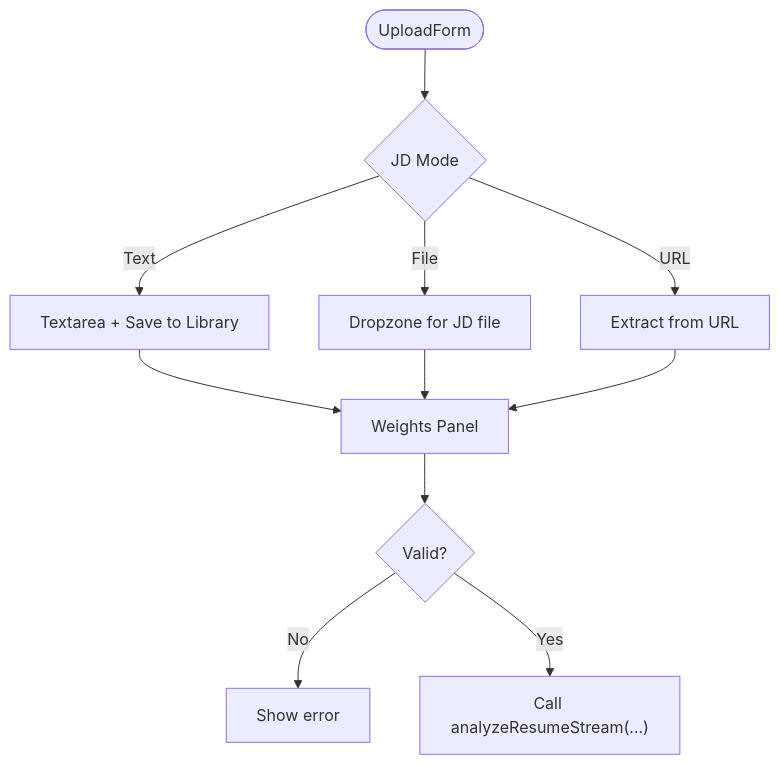
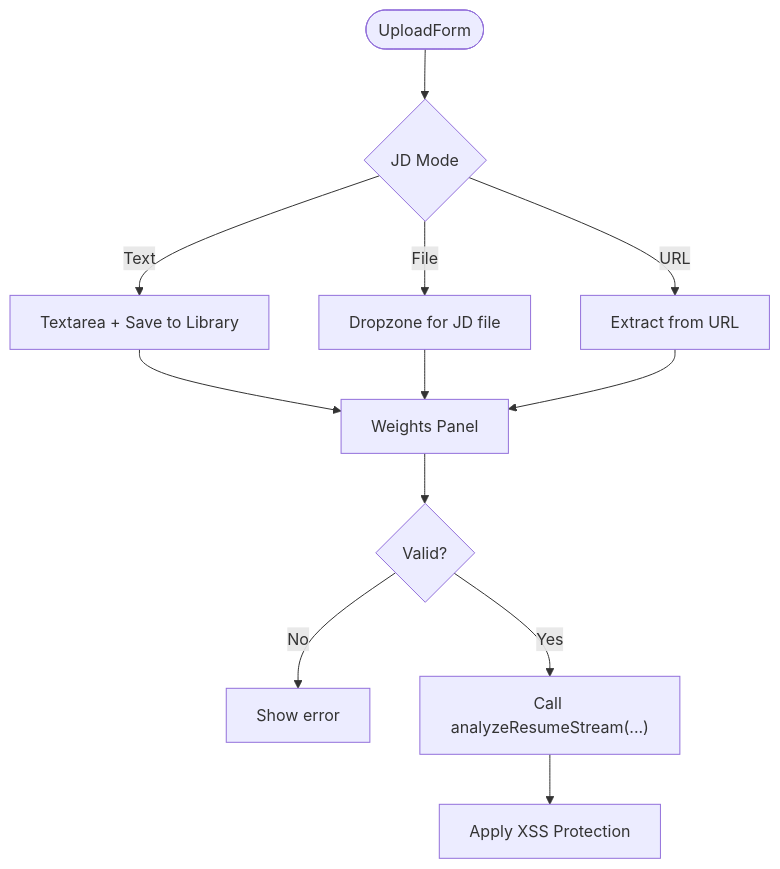
One commit to Revanththetalogics/aireume changed diagram 13 of 24 in .qoder/repowiki/en/content/Frontend Architecture/Frontend Architecture.md. Above: the diagram before and after it, drawn with Mermaid. The commit also changed other lines of this file and 61 other files, not shown here.

````diff
--- a/.qoder/repowiki/en/content/Frontend Architecture/Frontend Architecture.md
+++ b/.qoder/repowiki/en/content/Frontend Architecture/Frontend Architecture.md
@@ -590,13 +647,14 @@
 ```mermaid
 flowchart TD
 Start(["UploadForm"]) --> Mode{"JD Mode"}
 Mode --> |Text| Text["Textarea + Save to Library"]
 Mode --> |File| File["Dropzone for JD file"]
 Mode --> |URL| Url["Extract from URL"]
 Text --> Weights["Weights Panel"]
 File --> Weights
 Url --> Weights
 Weights --> Submit{"Valid?"}
 Submit --> |No| Error["Show error"]
 Submit --> |Yes| Analyze["Call analyzeResumeStream(...)"]
+Analyze --> SEC["Apply XSS Protection"]
 ```
````
